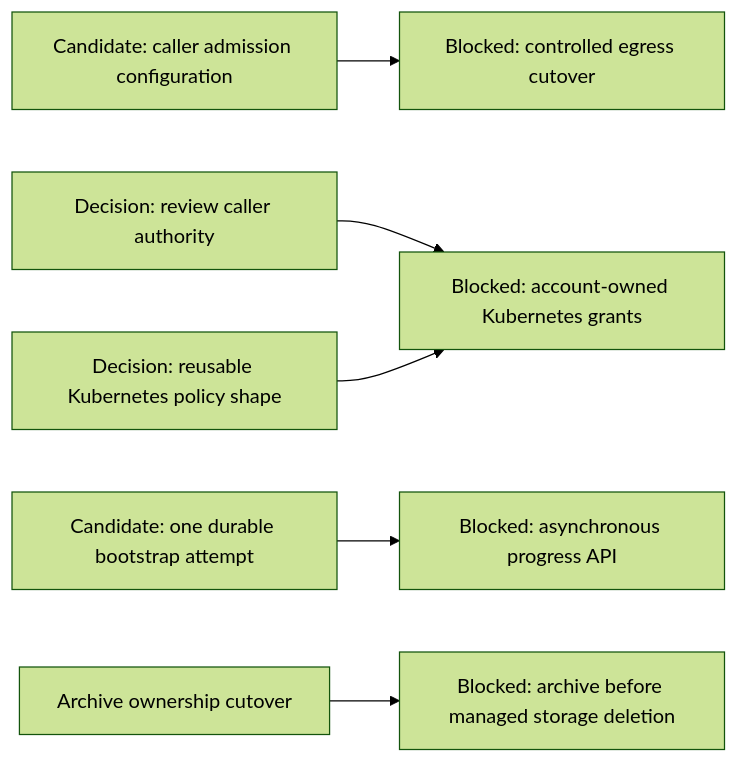
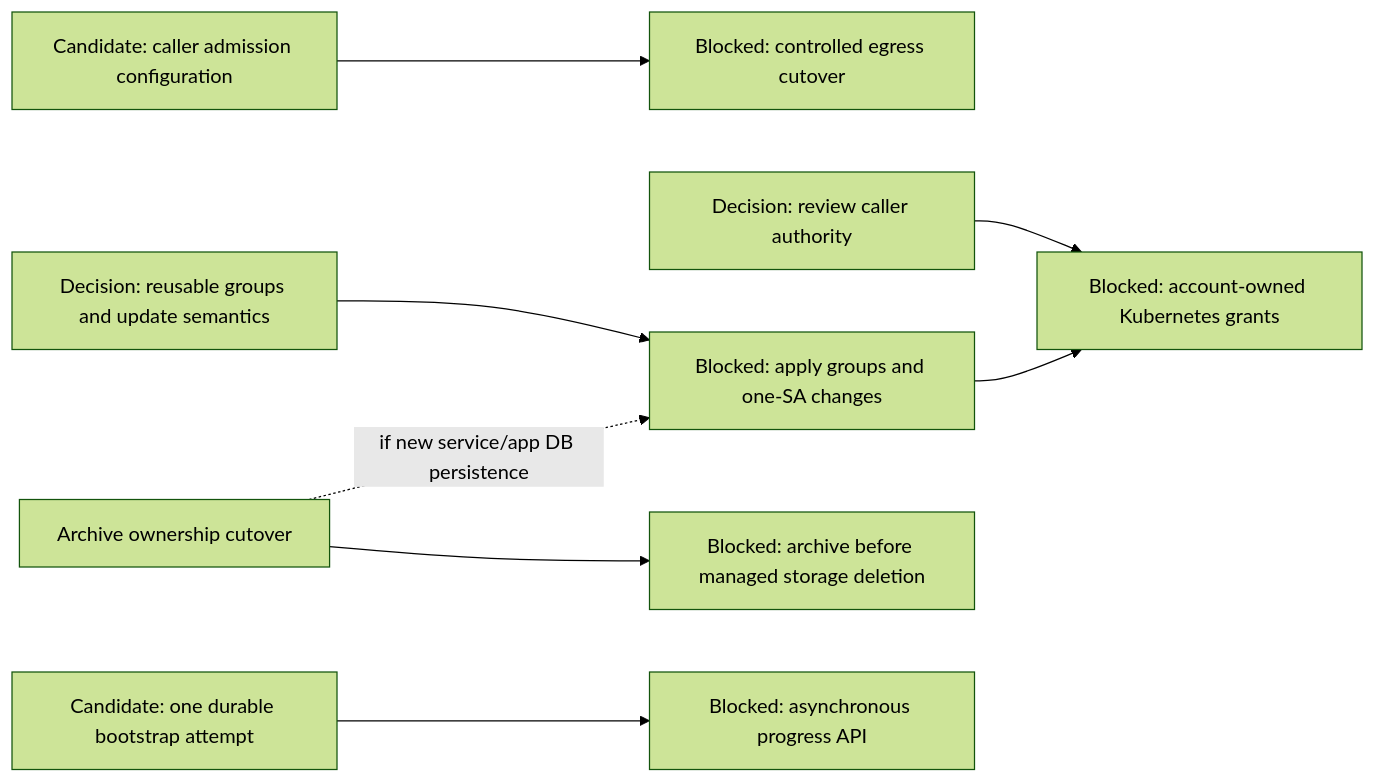
Before and after one commit to agentydragon-agent/ducktape: the seventh of 7 diagrams in agentplane/plans/task_dag.md, drawn with Mermaid (forest theme). The commit also changed other lines of this file, not shown here.

````diff
--- a/agentplane/plans/task_dag.md
+++ b/agentplane/plans/task_dag.md
@@ -683,8 +683,10 @@
 ```mermaid
 flowchart LR
     PC_EGRESS_CREDENTIALS[Candidate: caller admission configuration] --> PC_EGRESS[Blocked: controlled egress cutover]
     CLAUDE_AI_SA[Decision: review caller authority] --> MANAGED_SA_RBAC[Blocked: account-owned Kubernetes grants]
-    KUBERNETES_RBAC_POLICIES[Decision: reusable Kubernetes policy shape] --> MANAGED_SA_RBAC
+    KUBERNETES_RBAC_POLICIES[Decision: reusable groups and update semantics] --> KUBERNETES_RBAC_POLICY_BINDINGS[Blocked: apply groups and one-SA changes]
+    KUBERNETES_RBAC_POLICY_BINDINGS --> MANAGED_SA_RBAC
+    THREAD_ARCHIVE_OWNERSHIP[Archive ownership cutover] -. if new service/app DB persistence .-> KUBERNETES_RBAC_POLICY_BINDINGS
     BOOTSTRAP_ATTEMPT_RECEIPT[Candidate: one durable bootstrap attempt] --> BOOTSTRAP_PROGRESS_CONTRACT[Blocked: asynchronous progress API]
     THREAD_ARCHIVE_OWNERSHIP[Archive ownership cutover] --> SANDBOX_LIFECYCLE_DURABILITY[Blocked: archive before managed storage deletion]
 ```
````
